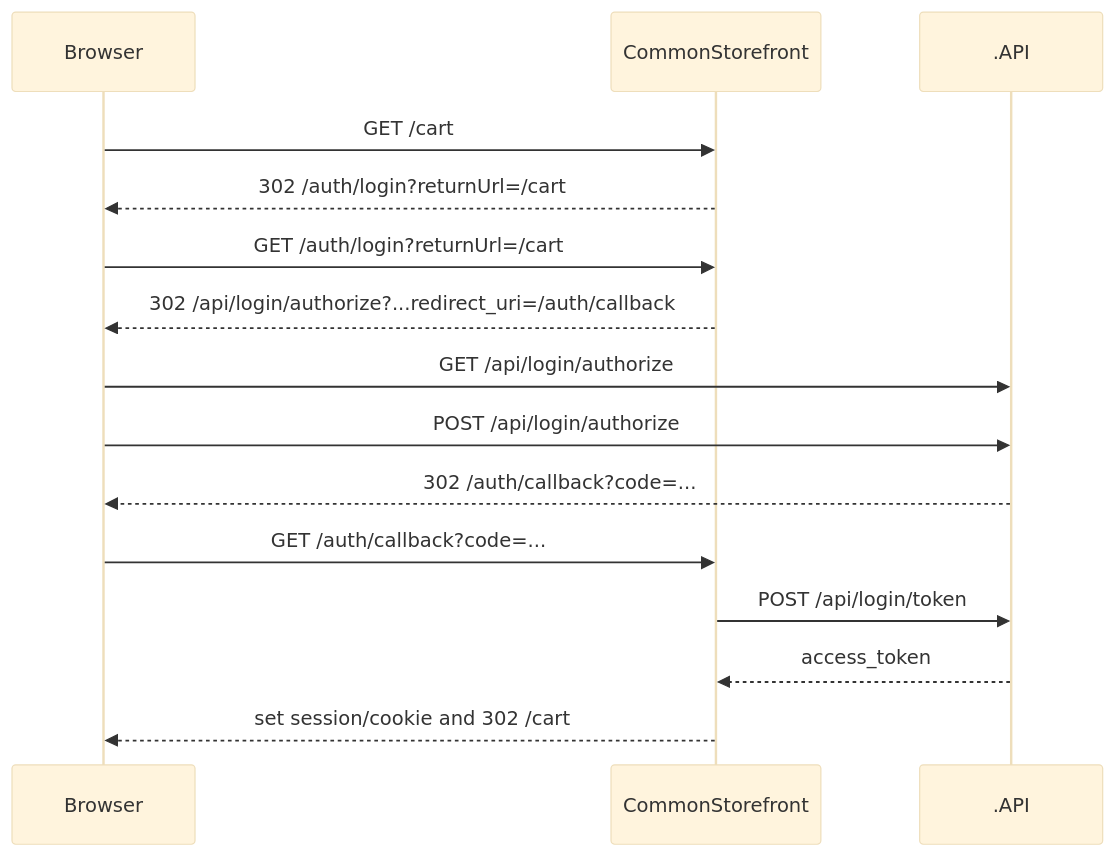
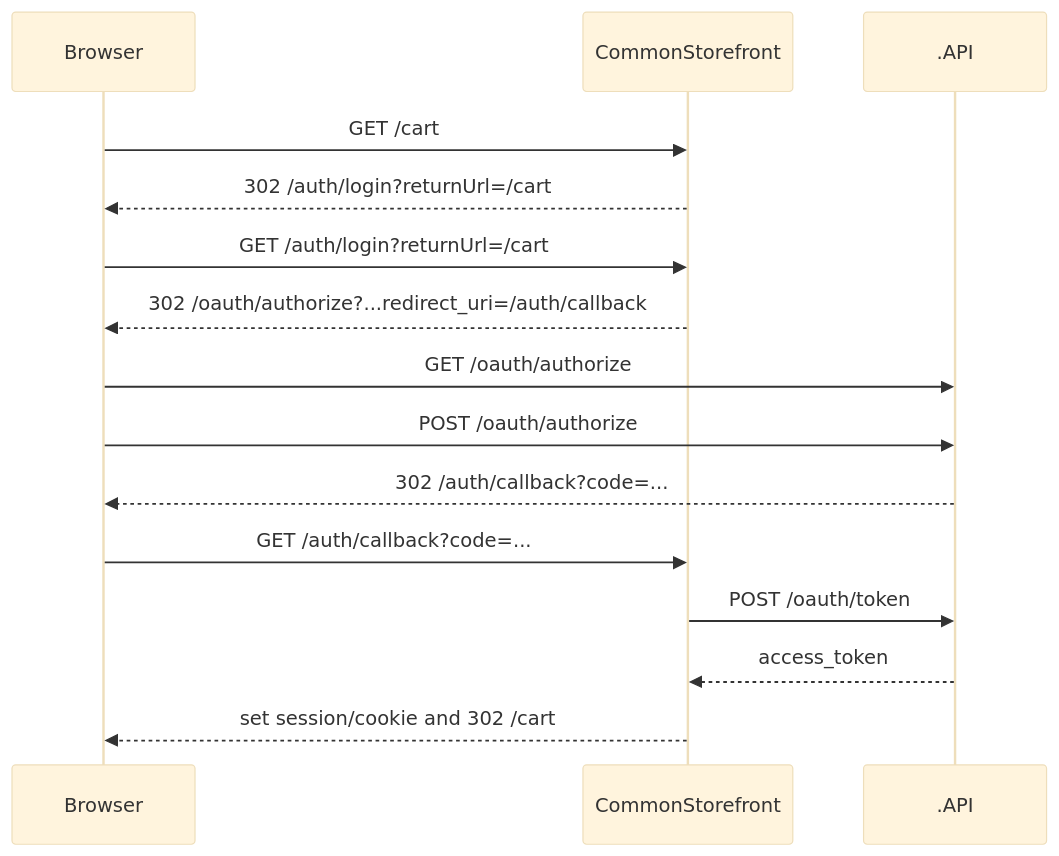
The second of 3 diagrams in docs/common-storefront-phase1-design.md (andrew0928/AndrewDemo.NetConf2023), drawn with Mermaid (base theme) before and after one commit. The commit also changed other lines of this file and 43 other files, not shown here.

````diff
--- a/docs/common-storefront-phase1-design.md
+++ b/docs/common-storefront-phase1-design.md
@@ -161,18 +161,18 @@
 ```mermaid
 sequenceDiagram
     participant U as Browser
     participant SF as CommonStorefront
     participant API as .API
 
     U->>SF: GET /cart
     SF-->>U: 302 /auth/login?returnUrl=/cart
     U->>SF: GET /auth/login?returnUrl=/cart
-    SF-->>U: 302 /api/login/authorize?...redirect_uri=/auth/callback
-    U->>API: GET /api/login/authorize
-    U->>API: POST /api/login/authorize
+    SF-->>U: 302 /oauth/authorize?...redirect_uri=/auth/callback
+    U->>API: GET /oauth/authorize
+    U->>API: POST /oauth/authorize
     API-->>U: 302 /auth/callback?code=...
     U->>SF: GET /auth/callback?code=...
-    SF->>API: POST /api/login/token
+    SF->>API: POST /oauth/token
     API-->>SF: access_token
     SF-->>U: set session/cookie and 302 /cart
 ```
````
